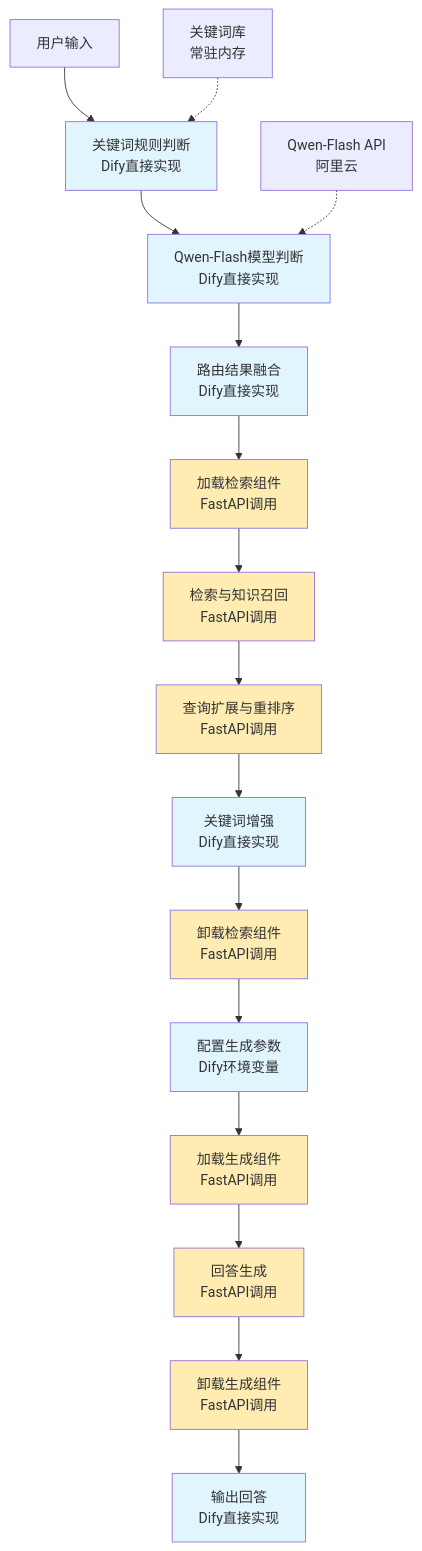
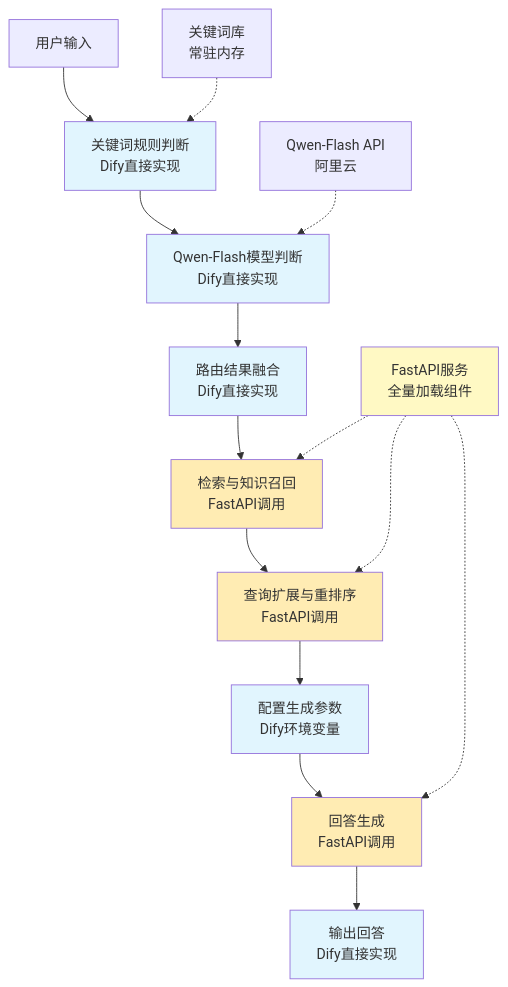
One commit to wsdsb-111/Intelligent-TCM-Q-A-System-Langchain-Version-1.0 changed the diagram in 文档层/docs/Dify工作流节点化集成架构设计.md. Above: the diagram before and after it, drawn with Mermaid. The commit also changed other lines of this file and 23 other files, not shown here.

Commit message:
Update project: Add OpenAI compatible API and Dify node support, optimize RAG flow and documentation

````diff
--- a/文档层/docs/Dify工作流节点化集成架构设计.md
+++ b/文档层/docs/Dify工作流节点化集成架构设计.md
@@ -18,33 +64,27 @@
 ```mermaid
 graph TB
     A[用户输入] --> B[关键词规则判断<br/>Dify直接实现]
     B --> C[Qwen-Flash模型判断<br/>Dify直接实现]
     C --> D[路由结果融合<br/>Dify直接实现]
-    D --> E[加载检索组件<br/>FastAPI调用]
-    E --> F[检索与知识召回<br/>FastAPI调用]
-    F --> G[查询扩展与重排序<br/>FastAPI调用]
-    G --> H[关键词增强<br/>Dify直接实现]
-    H --> I[卸载检索组件<br/>FastAPI调用]
-    I --> J[配置生成参数<br/>Dify环境变量]
-    J --> K[加载生成组件<br/>FastAPI调用]
-    K --> L[回答生成<br/>FastAPI调用]
-    L --> M[卸载生成组件<br/>FastAPI调用]
-    M --> N[输出回答<br/>Dify直接实现]
+    D --> E[检索与知识召回<br/>FastAPI调用]
+    E --> F[查询扩展与重排序<br/>FastAPI调用]
+    F --> G[配置生成参数<br/>Dify环境变量]
+    G --> H[回答生成<br/>FastAPI调用]
+    H --> I[输出回答<br/>Dify直接实现]
     
-    O[关键词库<br/>常驻内存] -.-> B
-    P[Qwen-Flash API<br/>阿里云] -.-> C
+    J[关键词库<br/>常驻内存] -.-> B
+    K[Qwen-Flash API<br/>阿里云] -.-> C
+    L[FastAPI服务<br/>全量加载组件] -.-> E
+    L -.-> F
+    L -.-> H
     
     style B fill:#e1f5fe
     style C fill:#e1f5fe
     style D fill:#e1f5fe
-    style H fill:#e1f5fe
-    style J fill:#e1f5fe
-    style N fill:#e1f5fe
+    style G fill:#e1f5fe
+    style I fill:#e1f5fe
     style E fill:#ffecb3
     style F fill:#ffecb3
-    style G fill:#ffecb3
-    style I fill:#ffecb3
-    style K fill:#ffecb3
-    style L fill:#ffecb3
-    style M fill:#ffecb3
+    style H fill:#ffecb3
+    style L fill:#fff9c4
 ```
````
